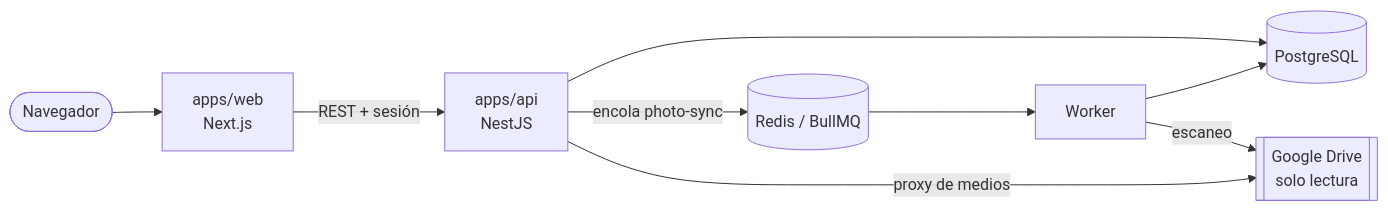
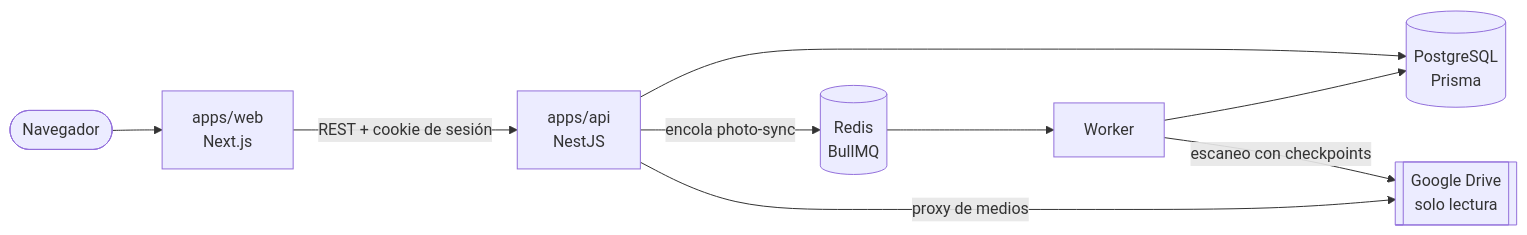
One commit to aadolfo8/linea-de-vida changed the diagram in README.md. Above: the diagram before and after it, drawn with Mermaid. The commit also changed other lines of this file and 4 other files, not shown here.

````diff
--- a/README.md
+++ b/README.md
@@ -41,11 +140,11 @@
 ```mermaid
 flowchart LR
-    U([Navegador]) --> W[apps/web<br/>Next.js]
-    W -->|REST + sesión| A[apps/api<br/>NestJS]
-    A --> P[(PostgreSQL)]
-    A -->|encola photo-sync| R[(Redis / BullMQ)]
-    R --> K[Worker]
+    U([Navegador]) --> W["apps/web<br/>Next.js"]
+    W -- "REST + cookie de sesión" --> A["apps/api<br/>NestJS"]
+    A --> P[("PostgreSQL<br/>Prisma")]
+    A -- "encola photo-sync" --> R[("Redis<br/>BullMQ")]
+    R --> K["Worker"]
     K --> P
-    A -->|proxy de medios| G[[Google Drive<br/>solo lectura]]
-    K -->|escaneo| G
+    A -- "proxy de medios" --> G[["Google Drive<br/>solo lectura"]]
+    K -- "escaneo con checkpoints" --> G
 ```
````
